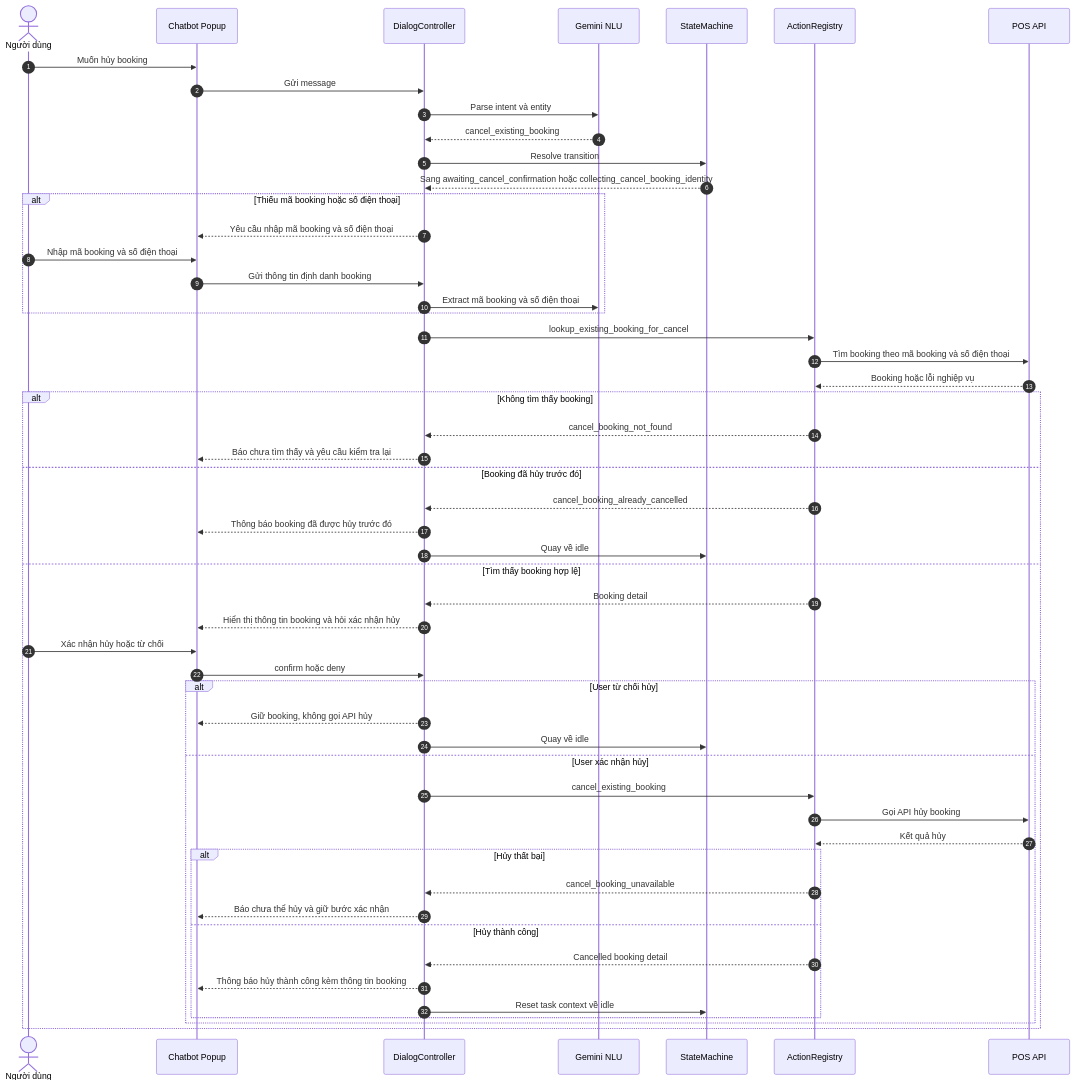
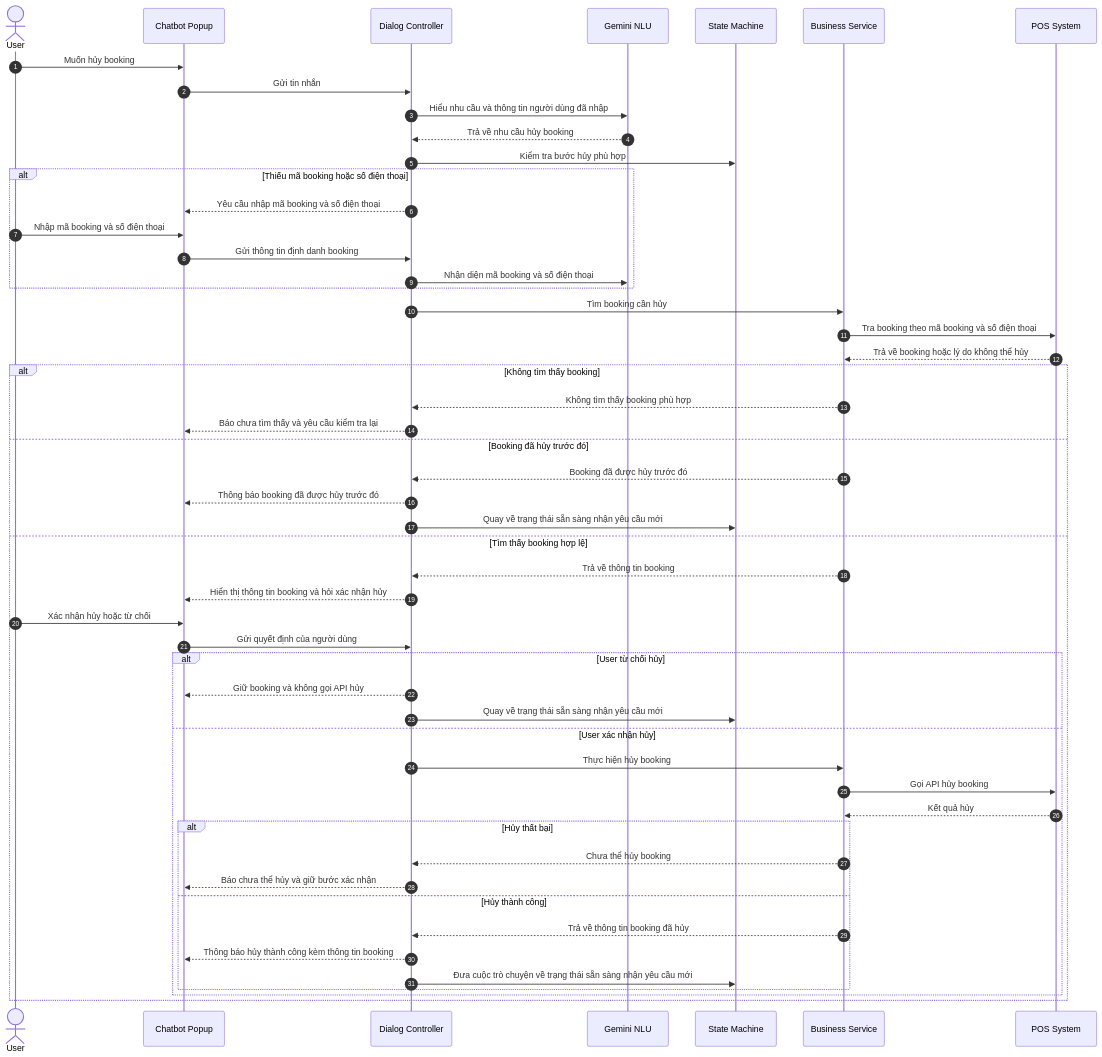
One commit to duy-debug/booking-AI-system changed the fourth of 6 diagrams in booking-ai-chatbot/README.md. Above: the diagram before and after it, drawn with Mermaid. The commit also changed other lines of this file and 2 other files, not shown here.

Commit message:
feat: update README for Booking AI System Backend with enhanced descriptions and structure

````diff
--- a/booking-ai-chatbot/README.md
+++ b/booking-ai-chatbot/README.md
@@ -229,61 +228,60 @@
 ```mermaid
 sequenceDiagram
     autonumber
-    actor User as Người dùng
+    actor User as User
     participant Popup as Chatbot Popup
-    participant DC as DialogController
-    participant NLU as Gemini NLU
-    participant SM as StateMachine
-    participant AR as ActionRegistry
-    participant POS as POS API
+    participant Bot as Dialog Controller
+    participant AI as Gemini NLU
+    participant Flow as State Machine
+    participant Service as Business Service
+    participant POS as POS System
 
     User->>Popup: Muốn hủy booking
-    Popup->>DC: Gửi message
-    DC->>NLU: Parse intent và entity
-    NLU-->>DC: cancel_existing_booking
-    DC->>SM: Resolve transition
-    SM-->>DC: Sang awaiting_cancel_confirmation hoặc collecting_cancel_booking_identity
+    Popup->>Bot: Gửi tin nhắn
+    Bot->>AI: Hiểu nhu cầu và thông tin người dùng đã nhập
+    AI-->>Bot: Trả về nhu cầu hủy booking
+    Bot->>Flow: Kiểm tra bước hủy phù hợp
 
     alt Thiếu mã booking hoặc số điện thoại
-        DC-->>Popup: Yêu cầu nhập mã booking và số điện thoại
+        Bot-->>Popup: Yêu cầu nhập mã booking và số điện thoại
         User->>Popup: Nhập mã booking và số điện thoại
-        Popup->>DC: Gửi thông tin định danh booking
-        DC->>NLU: Extract mã booking và số điện thoại
+        Popup->>Bot: Gửi thông tin định danh booking
+        Bot->>AI: Nhận diện mã booking và số điện thoại
     end
 
-    DC->>AR: lookup_existing_booking_for_cancel
-    AR->>POS: Tìm booking theo mã booking và số điện thoại
-    POS-->>AR: Booking hoặc lỗi nghiệp vụ
+    Bot->>Service: Tìm booking cần hủy
+    Service->>POS: Tra booking theo mã booking và số điện thoại
+    POS-->>Service: Trả về booking hoặc lý do không thể hủy
 
     alt Không tìm thấy booking
-        AR-->>DC: cancel_booking_not_found
-        DC-->>Popup: Báo chưa tìm thấy và yêu cầu kiểm tra lại
+        Service-->>Bot: Không tìm thấy booking phù hợp
+        Bot-->>Popup: Báo chưa tìm thấy và yêu cầu kiểm tra lại
     else Booking đã hủy trước đó
-        AR-->>DC: cancel_booking_already_cancelled
-        DC-->>Popup: Thông báo booking đã được hủy trước đó
-        DC->>SM: Quay về idle
+        Service-->>Bot: Booking đã được hủy trước đó
+        Bot-->>Popup: Thông báo booking đã được hủy trước đó
+        Bot->>Flow: Quay về trạng thái sẵn sàng nhận yêu cầu mới
     else Tìm thấy booking hợp lệ
-        AR-->>DC: Booking detail
-        DC-->>Popup: Hiển thị thông tin booking và hỏi xác nhận hủy
+        Service-->>Bot: Trả về thông tin booking
+        Bot-->>Popup: Hiển thị thông tin booking và hỏi xác nhận hủy
         User->>Popup: Xác nhận hủy hoặc từ chối
-        Popup->>DC: confirm hoặc deny
+        Popup->>Bot: Gửi quyết định của người dùng
 
         alt User từ chối hủy
-            DC-->>Popup: Giữ booking, không gọi API hủy
-            DC->>SM: Quay về idle
+            Bot-->>Popup: Giữ booking và không gọi API hủy
+            Bot->>Flow: Quay về trạng thái sẵn sàng nhận yêu cầu mới
         else User xác nhận hủy
-            DC->>AR: cancel_existing_booking
-            AR->>POS: Gọi API hủy booking
-            POS-->>AR: Kết quả hủy
+            Bot->>Service: Thực hiện hủy booking
+            Service->>POS: Gọi API hủy booking
+            POS-->>Service: Kết quả hủy
 
             alt Hủy thất bại
-                AR-->>DC: cancel_booking_unavailable
-                DC-->>Popup: Báo chưa thể hủy và giữ bước xác nhận
+                Service-->>Bot: Chưa thể hủy booking
+                Bot-->>Popup: Báo chưa thể hủy và giữ bước xác nhận
             else Hủy thành công
-                AR-->>DC: Cancelled booking detail
-                DC-->>Popup: Thông báo hủy thành công kèm thông tin booking
-                DC->>SM: Reset task context về idle
+                Service-->>Bot: Trả về thông tin booking đã hủy
+                Bot-->>Popup: Thông báo hủy thành công kèm thông tin booking
+                Bot->>Flow: Đưa cuộc trò chuyện về trạng thái sẵn sàng nhận yêu cầu mới
             end
         end
     end
 ```
````
